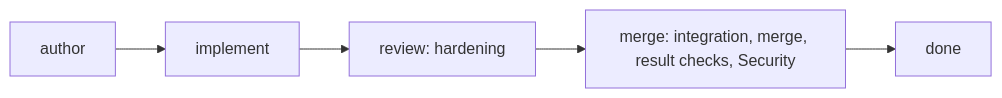
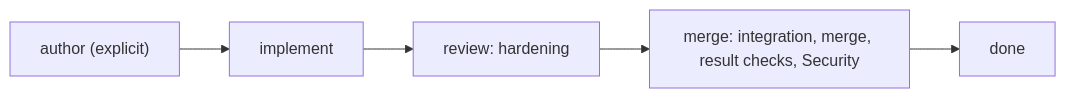
The diagram in docs/reference/sessions.md (axolotl-logic-io/ecosystem), drawn with Mermaid before and after one commit. The commit also changed other lines of this file and 26 other files, not shown here.

Commit message:
Describe direct requirements and preserve authored flow fixtures

````diff
--- a/docs/reference/sessions.md
+++ b/docs/reference/sessions.md
@@ -9,4 +9,5 @@
 ```mermaid
 flowchart LR
-  author --> implement --> review["review: hardening"] --> merge["merge: integration, merge, result checks, Security"] --> done
+  author["author (explicit)"] --> implement
+  implement --> review["review: hardening"] --> merge["merge: integration, merge, result checks, Security"] --> done
 ```
````
